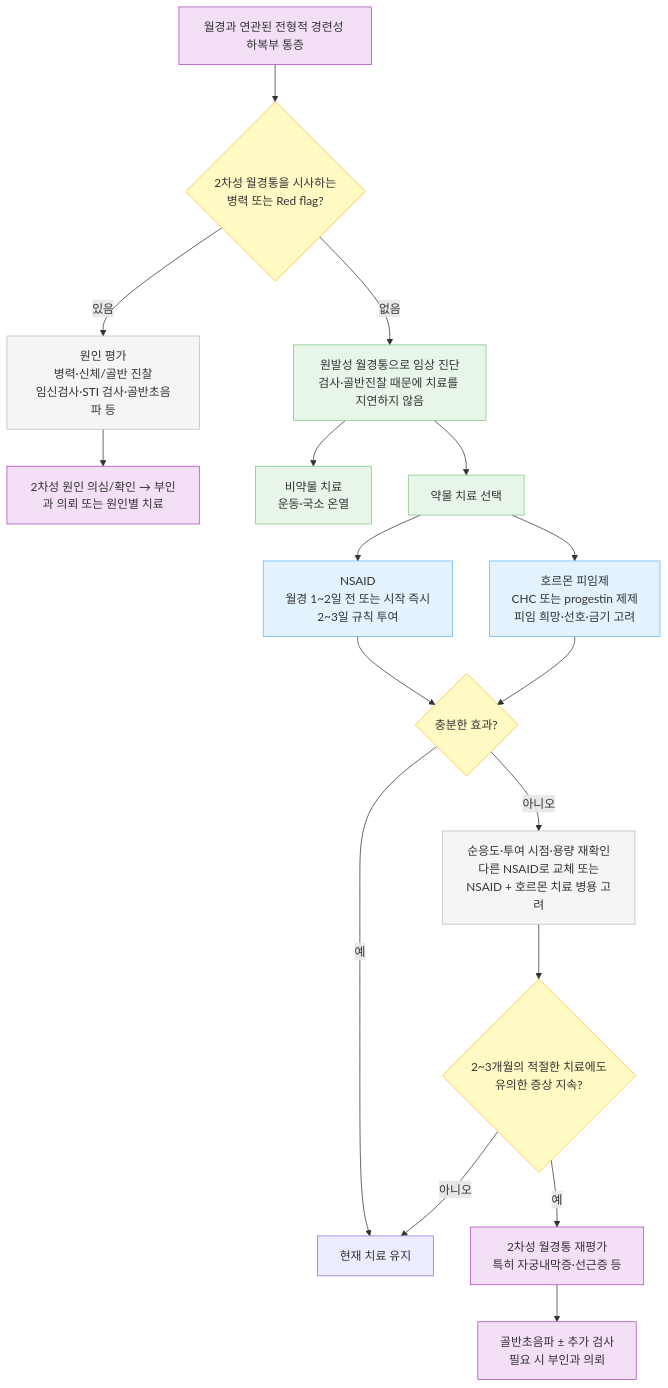
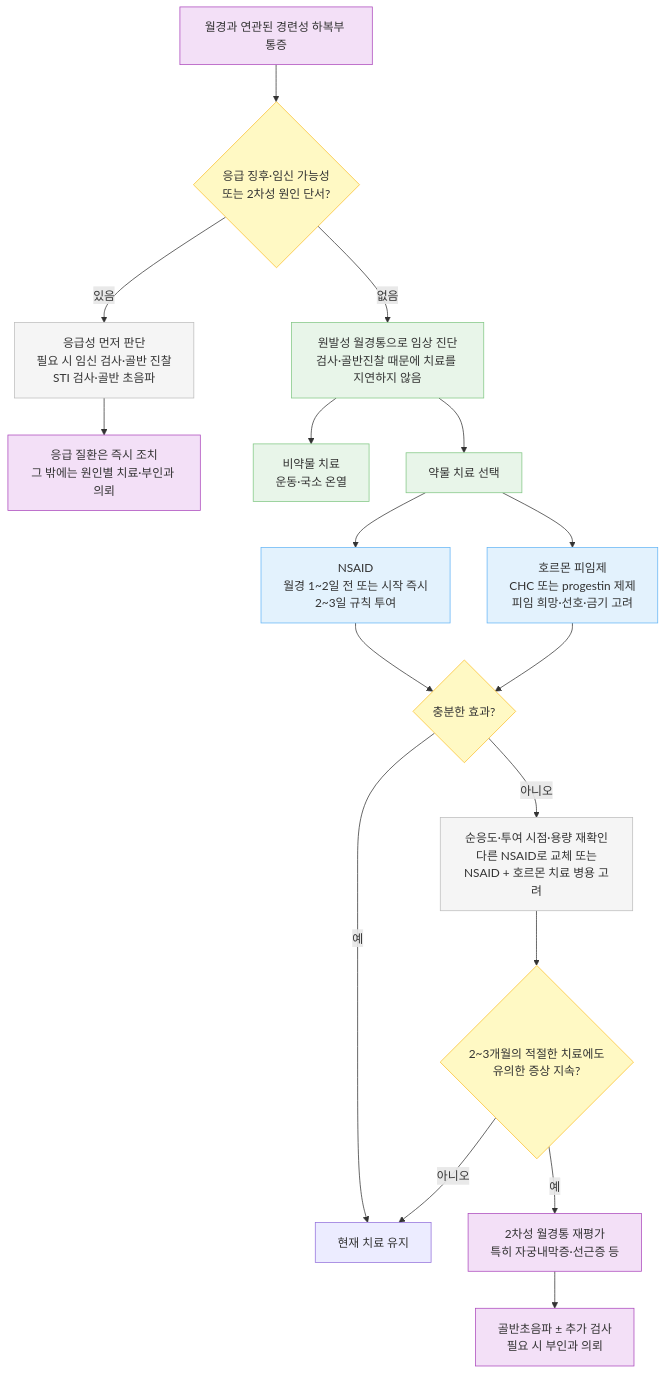
Before and after one commit to familyoh77/familyoh77: the diagram in 227_/128_-dysmenorrhea.md, drawn with Mermaid. The commit also changed other lines of this file, not shown here.

````diff
--- a/227_/128_-dysmenorrhea.md
+++ b/227_/128_-dysmenorrhea.md
@@ -100,32 +101,32 @@
 ```mermaid
 graph TD
-    A["월경과 연관된 전형적 경련성 하복부 통증"] --> B{"2차성 월경통을 시사하는<br/>병력 또는 Red flag?"}
-    B -->|있음| C["원인 평가<br/>병력·신체/골반 진찰<br/>임신검사·STI 검사·골반초음파 등"]
-    C --> D["2차성 원인 의심/확인 → 부인과 의뢰 또는 원인별 치료"]
+    A["월경과 연관된 경련성 하복부 통증"] --> B{"응급 징후·임신 가능성<br/>또는 2차성 원인 단서?"}
+    B -->|있음| C["응급성 먼저 판단<br/>필요 시 임신 검사·골반 진찰<br/>STI 검사·골반 초음파"]
+    C --> D["응급 질환은 즉시 조치<br/>그 밖에는 원인별 치료·부인과 의뢰"]
     B -->|없음| E["원발성 월경통으로 임상 진단<br/>검사·골반진찰 때문에 치료를 지연하지 않음"]
     E --> F["비약물 치료<br/>운동·국소 온열"]
     E --> G["약물 치료 선택"]
     G --> H["NSAID<br/>월경 1~2일 전 또는 시작 즉시<br/>2~3일 규칙 투여"]
     G --> I["호르몬 피임제<br/>CHC 또는 progestin 제제<br/>피임 희망·선호·금기 고려"]
     H --> J{"충분한 효과?"}
     I --> J
     J -->|예| K["현재 치료 유지"]
     J -->|아니오| L["순응도·투여 시점·용량 재확인<br/>다른 NSAID로 교체 또는<br/>NSAID + 호르몬 치료 병용 고려"]
     L --> M{"2~3개월의 적절한 치료에도<br/>유의한 증상 지속?"}
     M -->|아니오| K
     M -->|예| N["2차성 월경통 재평가<br/>특히 자궁내막증·선근증 등"]
     N --> O["골반초음파 ± 추가 검사<br/>필요 시 부인과 의뢰"]
 
     classDef purple fill:#f3e0f7,stroke:#ab47bc,stroke-width:1px;
     classDef blue fill:#e3f2fd,stroke:#64b5f6,stroke-width:1px;
     classDef yellow fill:#fff9c4,stroke:#fbc02d,stroke-width:1px;
     classDef gray fill:#f5f5f5,stroke:#bdbdbd,stroke-width:1px;
     classDef green fill:#e8f5e9,stroke:#81c784,stroke-width:1px;
 
     class A purple;
     class E,F,G green;
     class H,I blue;
     class B,J,M yellow;
     class C,L gray;
     class D,N,O purple;
 ```
````
